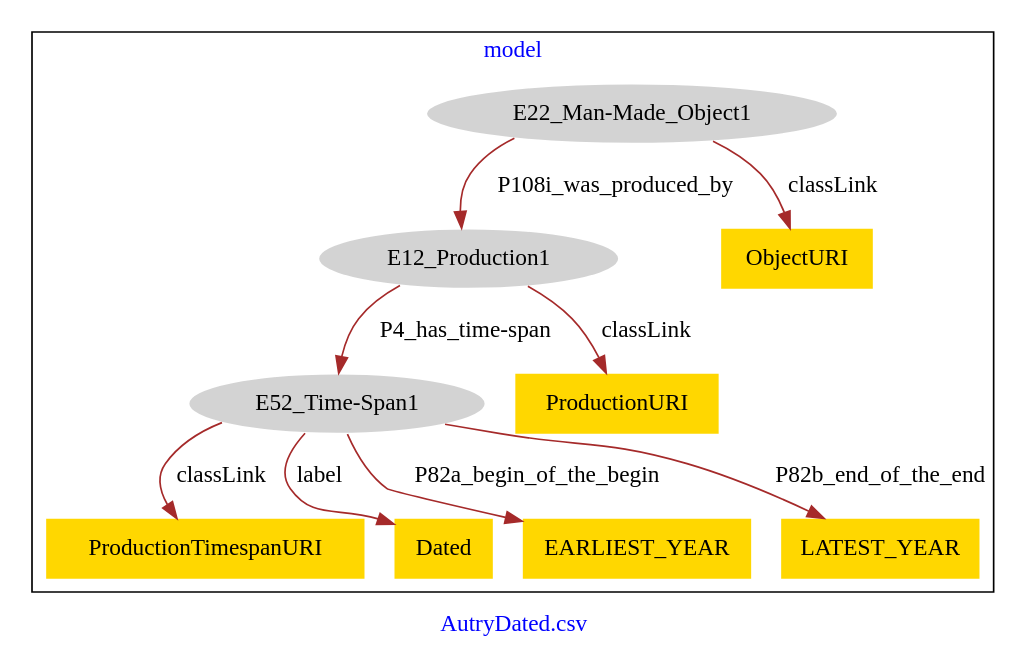
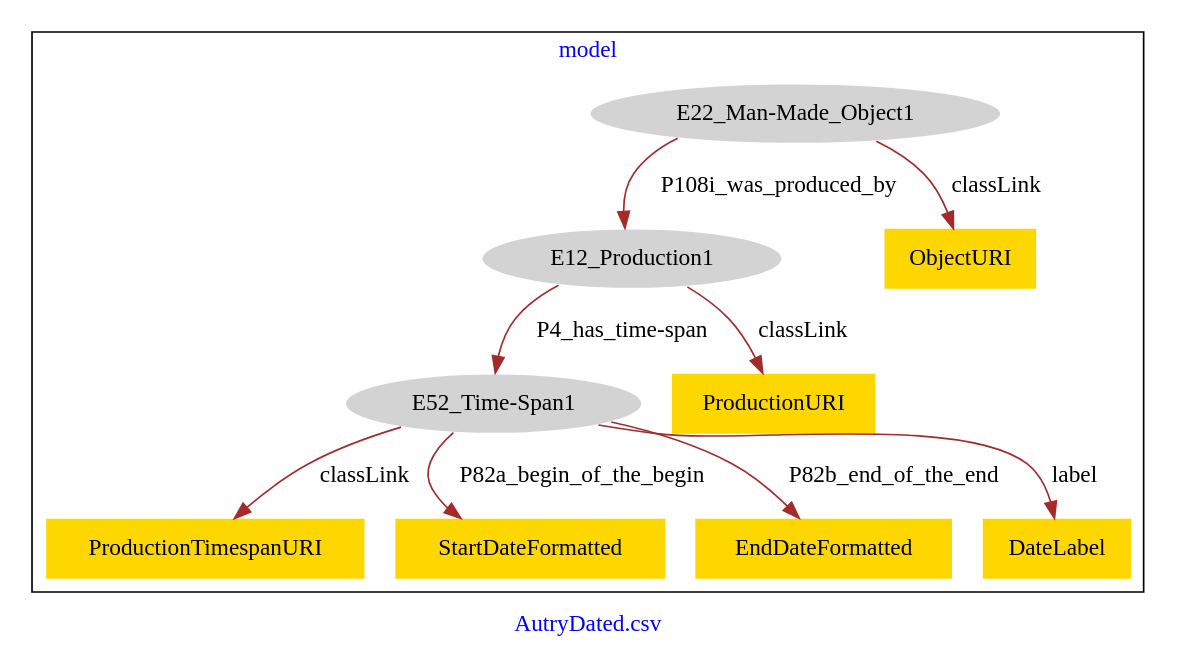
Before and after one commit to american-art/autry: the diagram in AutryDated/AutryDated-model.dot, drawn with Graphviz.

Commit message:
Update file AutryDated-model.dot

```diff
--- a/AutryDated/AutryDated-model.dot
+++ b/AutryDated/AutryDated-model.dot
@@ -1,25 +1,25 @@
 digraph n0 {
 fontcolor="blue"
 remincross="true"
 label="AutryDated.csv"
 subgraph cluster {
 label="model"
 n2[style="filled",color="white",fillcolor="lightgray",label="E12_Production1"];
 n3[style="filled",color="white",fillcolor="lightgray",label="E52_Time-Span1"];
 n4[style="filled",color="white",fillcolor="lightgray",label="E22_Man-Made_Object1"];
-n5[shape="plaintext",style="filled",fillcolor="gold",label="ProductionTimespanURI"];
-n6[shape="plaintext",style="filled",fillcolor="gold",label="Dated"];
-n7[shape="plaintext",style="filled",fillcolor="gold",label="ObjectURI"];
+n5[shape="plaintext",style="filled",fillcolor="gold",label="ObjectURI"];
+n6[shape="plaintext",style="filled",fillcolor="gold",label="ProductionTimespanURI"];
+n7[shape="plaintext",style="filled",fillcolor="gold",label="StartDateFormatted"];
 n8[shape="plaintext",style="filled",fillcolor="gold",label="ProductionURI"];
-n9[shape="plaintext",style="filled",fillcolor="gold",label="EARLIEST_YEAR"];
-n10[shape="plaintext",style="filled",fillcolor="gold",label="LATEST_YEAR"];
+n9[shape="plaintext",style="filled",fillcolor="gold",label="EndDateFormatted"];
+n10[shape="plaintext",style="filled",fillcolor="gold",label="DateLabel"];
 }
 n2 -> n3[color="brown",fontcolor="black",label="P4_has_time-span"]
 n4 -> n2[color="brown",fontcolor="black",label="P108i_was_produced_by"]
-n3 -> n5[color="brown",fontcolor="black",label="classLink"]
-n3 -> n6[color="brown",fontcolor="black",label="label"]
-n4 -> n7[color="brown",fontcolor="black",label="classLink"]
+n4 -> n5[color="brown",fontcolor="black",label="classLink"]
+n3 -> n6[color="brown",fontcolor="black",label="classLink"]
+n3 -> n7[color="brown",fontcolor="black",label="P82a_begin_of_the_begin"]
 n2 -> n8[color="brown",fontcolor="black",label="classLink"]
-n3 -> n9[color="brown",fontcolor="black",label="P82a_begin_of_the_begin"]
-n3 -> n10[color="brown",fontcolor="black",label="P82b_end_of_the_end"]
+n3 -> n9[color="brown",fontcolor="black",label="P82b_end_of_the_end"]
+n3 -> n10[color="brown",fontcolor="black",label="label"]
 }
```
